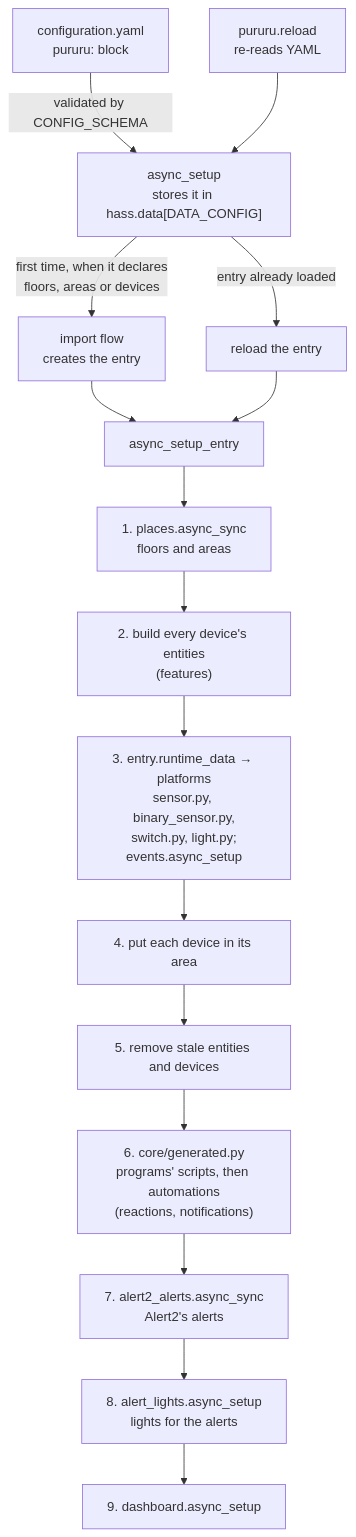
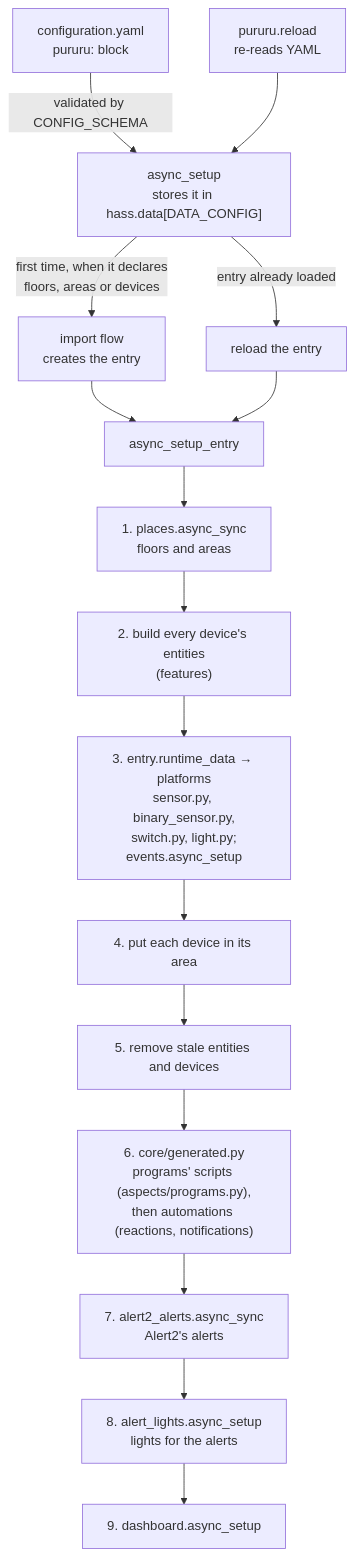
Before and after one commit to thatsnotmynameio/pururu-ha: the diagram in docs/develop/architecture.mdx, drawn with Mermaid. The commit also changed other lines of this file and 55 other files, not shown here.

````diff
--- a/docs/develop/architecture.mdx
+++ b/docs/develop/architecture.mdx
@@ -10,18 +10,18 @@
 ```mermaid
 flowchart TD
     Y["configuration.yaml<br/>pururu: block"] -->|"validated by CONFIG_SCHEMA"| S["async_setup<br/>stores it in hass.data[DATA_CONFIG]"]
     S -->|"first time, when it declares<br/>floors, areas or devices"| F["import flow<br/>creates the entry"]
     S -->|"entry already loaded"| R["reload the entry"]
     F --> E
     R --> E
     RS["pururu.reload<br/>re-reads YAML"] --> S
     E["async_setup_entry"] --> Step1["1. places.async_sync<br/>floors and areas"]
     Step1 --> Step2["2. build every device's entities<br/>(features)"]
     Step2 --> Step3["3. entry.runtime_data → platforms<br/>sensor.py, binary_sensor.py,<br/>switch.py, light.py;<br/>events.async_setup"]
     Step3 --> Step4["4. put each device in its area"]
     Step4 --> Step5["5. remove stale entities and devices"]
-    Step5 --> Step6["6. core/generated.py<br/>programs' scripts, then automations<br/>(reactions, notifications)"]
+    Step5 --> Step6["6. core/generated.py<br/>programs' scripts (aspects/programs.py),<br/>then automations (reactions, notifications)"]
     Step6 --> Step7["7. alert2_alerts.async_sync<br/>Alert2's alerts"]
     Step7 --> Step8["8. alert_lights.async_setup<br/>lights for the alerts"]
     Step8 --> Step9["9. dashboard.async_setup"]
 ```
````
